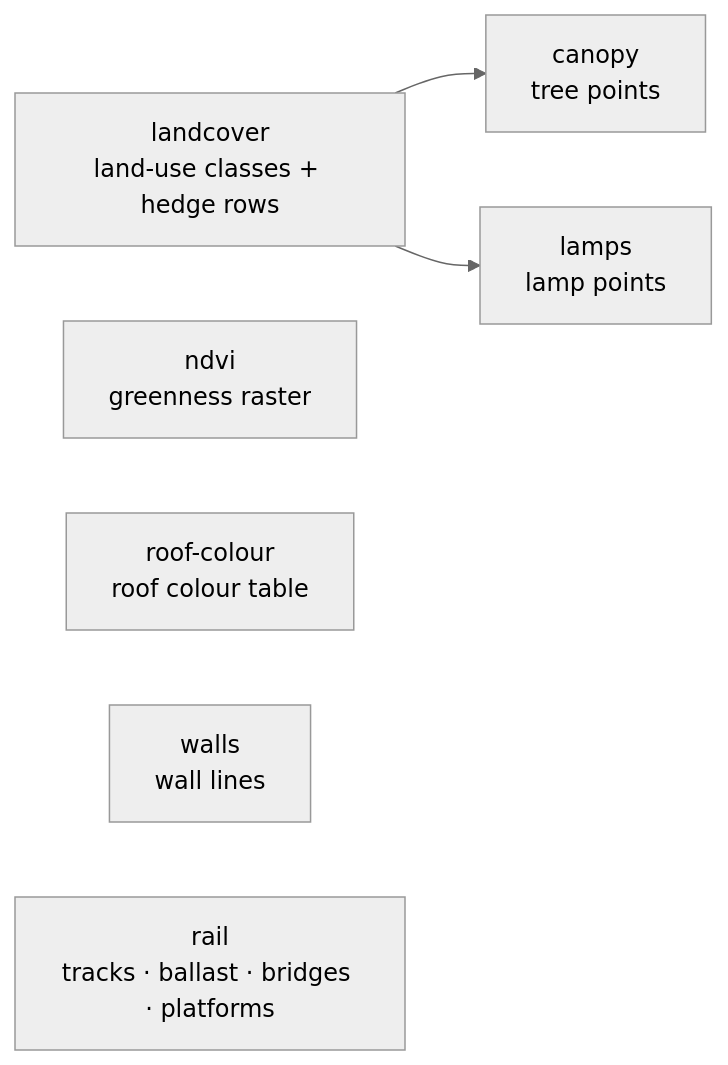
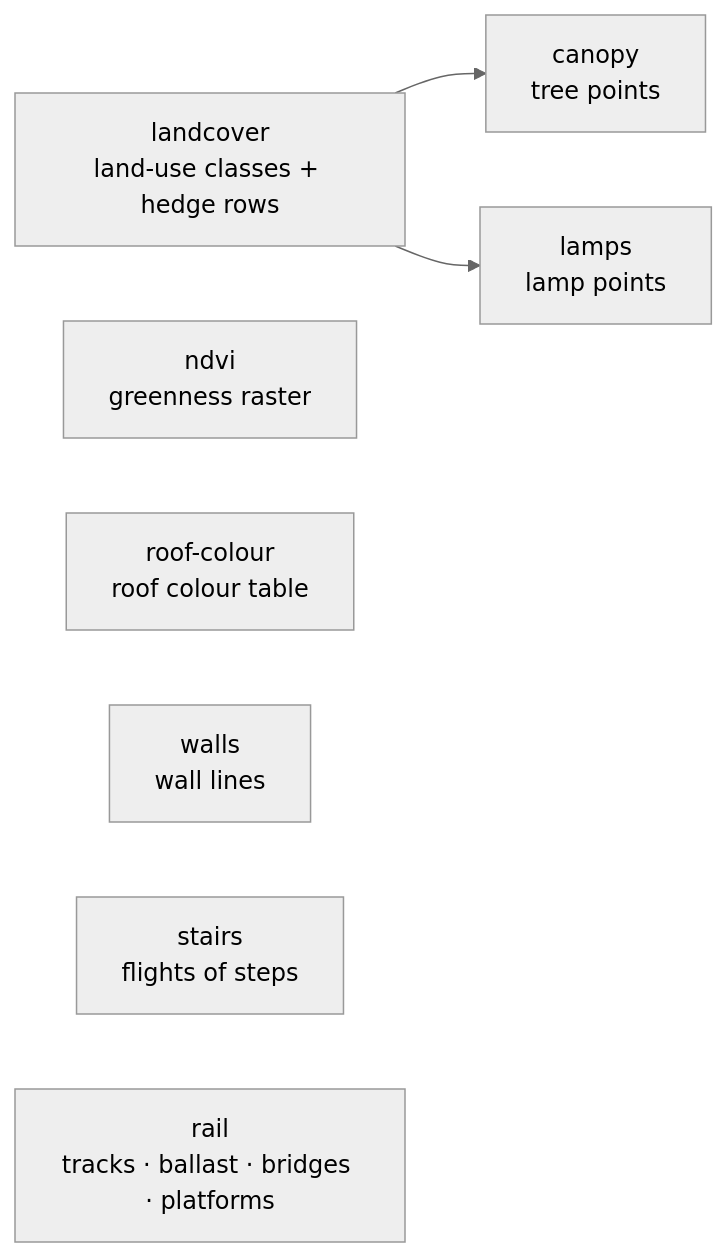
Before and after one commit to mdugue/bridge: the second of 2 diagrams in docs/guide/en/data-journey.md, drawn with Mermaid (neutral theme). The commit also changed other lines of this file and 43 other files, not shown here.

First line of the commit message:
feat(stairs): OSM steps as real flights over a lowered terrain

````diff
--- a/docs/guide/en/data-journey.md
+++ b/docs/guide/en/data-journey.md
@@ -68,9 +68,10 @@
 ```mermaid
 flowchart LR
   DLM["landcover<br/>land-use classes + hedge rows"] --> CAN["canopy<br/>tree points"]
   DLM --> LAMP["lamps<br/>lamp points"]
   NDVI["ndvi<br/>greenness raster"]
   ROOF["roof-colour<br/>roof colour table"]
   WALL["walls<br/>wall lines"]
+  STAIR["stairs<br/>flights of steps"]
   RAIL["rail<br/>tracks · ballast · bridges · platforms"]
 ```
````
